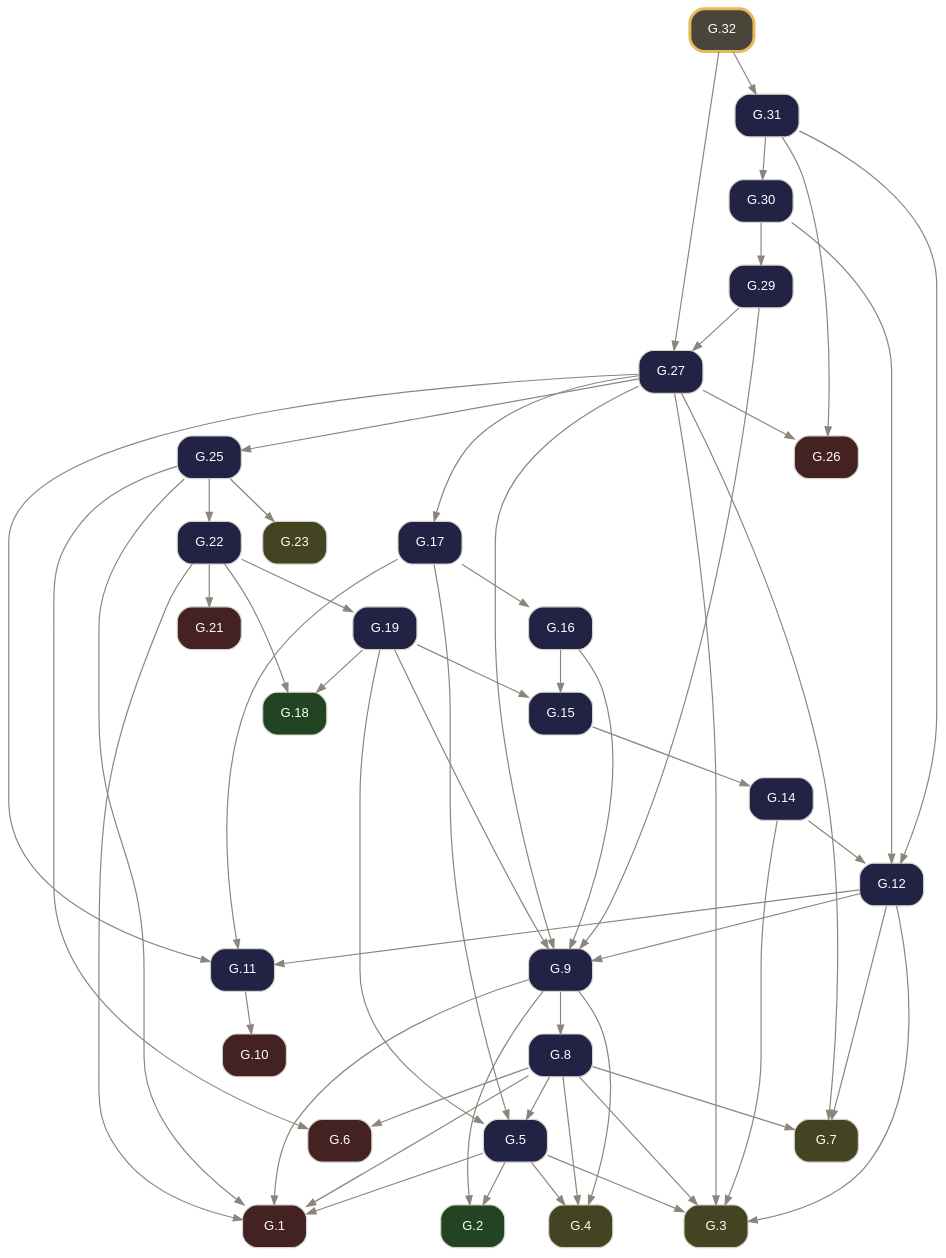
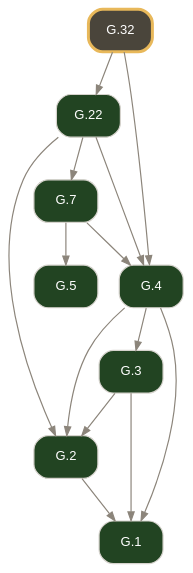
One commit to geometor/elements changed the diagram in docsrc/elements2/G.32/index.rst. Above: the diagram before and after it, drawn with Graphviz. The commit also changed other lines of this file and 2974 other files, not shown here.

Commit message:
feat(elements2): wire defined terms, short verb titles, coincidence operator, and 2-point circle notation (v0.4.0)

```diff
--- a/docsrc/elements2/G.32/index.rst
+++ b/docsrc/elements2/G.32/index.rst
@@ -114,87 +38,25 @@
      node [shape=box, style="rounded,filled", fontname="Helvetica", fontsize=11, color="#d6d3cd", fontcolor="#ffffff"];
      edge [color="#8c857b", fontcolor="#8c857b", arrowsize=0.75];
      rankdir="TB";
-     "G.1" [label="G.1", tooltip="G.1 (I.cn.1): Things equal to the same thing are equal to one another.", fillcolor="#442222", URL="../G.1/index.html", target="_top"];
-     "G.2" [label="G.2", tooltip="G.2 (I.def.15): A circle is a plane figure contained by one line such that all segments falling upon it from its center are equal.", fillcolor="#224422", URL="../G.2/index.html", target="_top"];
-     "G.3" [label="G.3", tooltip="G.3 (I.post.1): Construct a segment between any two points.", fillcolor="#444422", URL="../G.3/index.html", target="_top"];
-     "G.4" [label="G.4", tooltip="G.4 (I.post.3): Construct a circle with any center and radius.", fillcolor="#444422", URL="../G.4/index.html", target="_top"];
-     "G.5" [label="G.5", tooltip="G.5 (I.1): Construct an equilateral triangle on a given finite segment.", fillcolor="#222244", URL="../G.5/index.html", target="_top"];
-     "G.6" [label="G.6", tooltip="G.6 (I.cn.3): If equals are subtracted from equals, the remainders are equal.", fillcolor="#442222", URL="../G.6/index.html", target="_top"];
-     "G.7" [label="G.7", tooltip="G.7 (I.post.2): Extend a finite segment continuously in a straight line.", fillcolor="#444422", URL="../G.7/index.html", target="_top"];
-     "G.8" [label="G.8", tooltip="G.8 (I.2): Construct at a given point a segment equal to a given segment.", fillcolor="#222244", URL="../G.8/index.html", target="_top"];
-     "G.9" [label="G.9", tooltip="G.9 (I.3): Cut off from the greater of two unequal segments a segment equal to the less.", fillcolor="#222244", URL="../G.9/index.html", target="_top"];
-     "G.10" [label="G.10", tooltip="G.10 (I.cn.4): Things that coincide with one another are equal.", fillcolor="#442222", URL="../G.10/index.html", target="_top"];
-     "G.11" [label="G.11", tooltip="G.11 (I.4): Triangles with two sides and the included angle equal are congruent (SAS).", fillcolor="#222244", URL="../G.11/index.html", target="_top"];
-     "G.12" [label="G.12", tooltip="G.12 (I.5): In an isosceles triangle, the angles at the base are equal, and if the equal sides are extended, the angles under the base are equal.", fillcolor="#222244", URL="../G.12/index.html", target="_top"];
-     "G.14" [label="G.14", tooltip="G.14 (I.7): On the same segment and on the same side, there cannot be constructed two distinct triangles with both pairs of conterminous sides equal.", fillcolor="#222244", URL="../G.14/index.html", target="_top"];
-     "G.15" [label="G.15", tooltip="G.15 (I.8): Triangles with all three corresponding sides equal have their corresponding angles equal (SSS).", fillcolor="#222244", URL="../G.15/index.html", target="_top"];
-     "G.16" [label="G.16", tooltip="G.16 (I.9): Bisect a given angle.", fillcolor="#222244", URL="../G.16/index.html", target="_top"];
-     "G.17" [label="G.17", tooltip="G.17 (I.10): Bisect a given finite segment.", fillcolor="#222244", URL="../G.17/index.html", target="_top"];
-     "G.18" [label="G.18", tooltip="G.18 (I.def.10): When a straight line standing on a straight line makes the adjacent angles equal, each of the equal angles is a right angle, and the standing line is perpendicular to that on which...", fillcolor="#224422", URL="../G.18/index.html", target="_top"];
-     "G.19" [label="G.19", tooltip="G.19 (I.11): Construct a line at right angles to a given line from a given point on it.", fillcolor="#222244", URL="../G.19/index.html", target="_top"];
-     "G.21" [label="G.21", tooltip="G.21 (I.cn.2): If equals are added to equals, the wholes are equal.", fillcolor="#442222", URL="../G.21/index.html", target="_top"];
-     "G.22" [label="G.22", tooltip="G.22 (I.13): A ray standing on a line makes either two right angles or adjacent angles summing to two right angles.", fillcolor="#222244", URL="../G.22/index.html", target="_top"];
-     "G.23" [label="G.23", tooltip="G.23 (I.post.4): All right angles are equal.", fillcolor="#444422", URL="../G.23/index.html", target="_top"];
-     "G.25" [label="G.25", tooltip="G.25 (I.15): Intersecting lines make their vertical angles equal.", fillcolor="#222244", URL="../G.25/index.html", target="_top"];
-     "G.26" [label="G.26", tooltip="G.26 (I.cn.5): The whole is greater than the part.", fillcolor="#442222", URL="../G.26/index.html", target="_top"];
-     "G.27" [label="G.27", tooltip="G.27 (I.16): In any triangle, if one side is extended, the exterior angle is greater than either opposite interior angle.", fillcolor="#222244", URL="../G.27/index.html", target="_top"];
-     "G.29" [label="G.29", tooltip="G.29 (I.18): In any triangle, the greater side subtends the greater angle.", fillcolor="#222244", URL="../G.29/index.html", target="_top"];
-     "G.30" [label="G.30", tooltip="G.30 (I.19): In any triangle, the greater angle is subtended by the greater side.", fillcolor="#222244", URL="../G.30/index.html", target="_top"];
-     "G.31" [label="G.31", tooltip="G.31 (I.20): In any triangle, the sum of any two sides is greater than the remaining side.", fillcolor="#222244", URL="../G.31/index.html", target="_top"];
-     "G.32" [label="G.32", tooltip="G.32 (I.21): Segments constructed from the endpoints of one side of a triangle to an interior point have a lesser sum but contain a greater angle than the other two sides.", penwidth=2.5, color="#e8b85a", fillcolor="#4a453b", URL="index.html", target="_top"];
-     "G.5" -> "G.1";
-     "G.8" -> "G.1";
-     "G.9" -> "G.1";
-     "G.22" -> "G.1";
-     "G.25" -> "G.1";
-     "G.5" -> "G.2";
-     "G.9" -> "G.2";
-     "G.5" -> "G.3";
-     "G.8" -> "G.3";
-     "G.12" -> "G.3";
-     "G.14" -> "G.3";
-     "G.27" -> "G.3";
-     "G.5" -> "G.4";
-     "G.8" -> "G.4";
-     "G.9" -> "G.4";
-     "G.8" -> "G.5";
-     "G.17" -> "G.5";
-     "G.19" -> "G.5";
-     "G.8" -> "G.6";
-     "G.25" -> "G.6";
-     "G.8" -> "G.7";
-     "G.12" -> "G.7";
-     "G.27" -> "G.7";
-     "G.9" -> "G.8";
-     "G.12" -> "G.9";
-     "G.16" -> "G.9";
-     "G.19" -> "G.9";
-     "G.27" -> "G.9";
-     "G.29" -> "G.9";
-     "G.11" -> "G.10";
-     "G.12" -> "G.11";
-     "G.17" -> "G.11";
-     "G.27" -> "G.11";
-     "G.14" -> "G.12";
-     "G.30" -> "G.12";
-     "G.31" -> "G.12";
-     "G.15" -> "G.14";
-     "G.16" -> "G.15";
-     "G.19" -> "G.15";
-     "G.17" -> "G.16";
-     "G.27" -> "G.17";
-     "G.19" -> "G.18";
-     "G.22" -> "G.18";
-     "G.22" -> "G.19";
-     "G.22" -> "G.21";
-     "G.25" -> "G.22";
-     "G.25" -> "G.23";
-     "G.27" -> "G.25";
-     "G.27" -> "G.26";
-     "G.31" -> "G.26";
-     "G.29" -> "G.27";
-     "G.32" -> "G.27";
-     "G.30" -> "G.29";
-     "G.31" -> "G.30";
-     "G.32" -> "G.31";
+     "G.1" [label="G.1", tooltip="G.1 (I.def.1): A point A is that which has no part.", fillcolor="#224422", URL="../G.1/index.html", target="_top"];
+     "G.2" [label="G.2", tooltip="G.2 (I.def.2): A line [ A B ] is a projection of a relationship of two points A, B.", fillcolor="#224422", URL="../G.2/index.html", target="_top"];
+     "G.3" [label="G.3", tooltip="G.3 (I.def.3): The extremities of a segment / A B / are points A, B.", fillcolor="#224422", URL="../G.3/index.html", target="_top"];
+     "G.4" [label="G.4", tooltip="G.4 (I.def.4): A segment / A B / is a portion of a line [ A B ] between two points A, B on the line.", fillcolor="#224422", URL="../G.4/index.html", target="_top"];
+     "G.5" [label="G.5", tooltip="G.5 (I.def.5): A surface is that which has length and breadth only.", fillcolor="#224422", URL="../G.5/index.html", target="_top"];
+     "G.7" [label="G.7", tooltip="G.7 (I.def.7): A plane surface lies evenly with the lines on itself.", fillcolor="#224422", URL="../G.7/index.html", target="_top"];
+     "G.22" [label="G.22", tooltip="G.22 (I.def.8): A plane angle is the inclination to one another of two lines or arcs in a plane that meet and do not lie on the same line.", fillcolor="#224422", URL="../G.22/index.html", target="_top"];
+     "G.32" [label="G.32", tooltip="G.32 (I.def.10): When a segment standing on a line makes the adjacent angles equal, each of the equal angles is a right angle, and the standing segment is perpendicular to the line.", penwidth=2.5, color="#e8b85a", fillcolor="#4a453b", URL="index.html", target="_top"];
+     "G.2" -> "G.1";
+     "G.3" -> "G.1";
+     "G.4" -> "G.1";
+     "G.3" -> "G.2";
+     "G.4" -> "G.2";
+     "G.22" -> "G.2";
+     "G.4" -> "G.3";
+     "G.7" -> "G.4";
+     "G.22" -> "G.4";
+     "G.32" -> "G.4";
+     "G.7" -> "G.5";
+     "G.22" -> "G.7";
+     "G.32" -> "G.22";
    }
```
